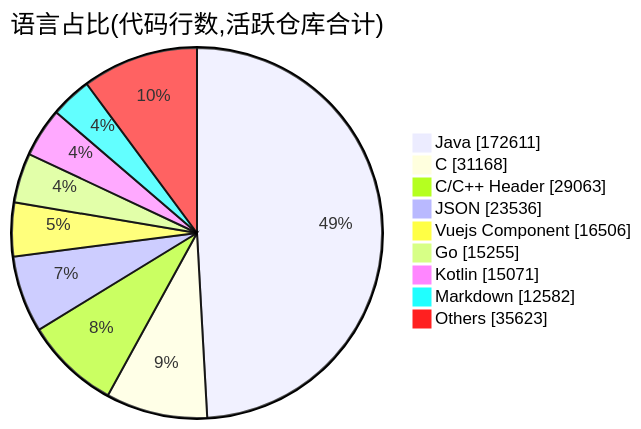
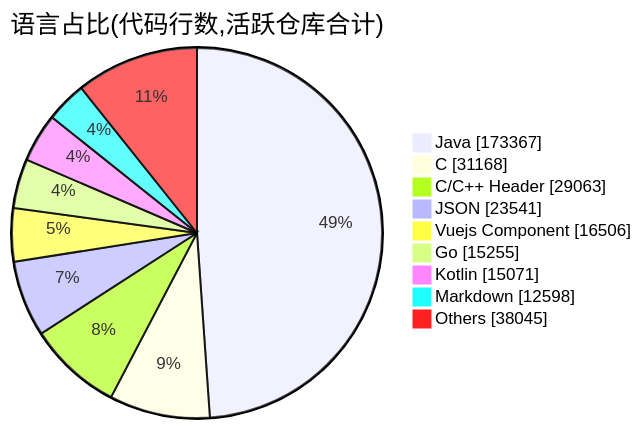
The second of 2 diagrams in profile/README.md (Conflux-Union/.github), drawn with Mermaid before and after one commit. The commit also changed other lines of this file and 1 other file, not shown here.

````diff
--- a/profile/README.md
+++ b/profile/README.md
@@ -80,13 +80,13 @@
 ```mermaid
 pie showData
     title 语言占比(代码行数,活跃仓库合计)
-    "Java" : 172611
+    "Java" : 173367
     "C" : 31168
     "C/C++ Header" : 29063
-    "JSON" : 23536
+    "JSON" : 23541
     "Vuejs Component" : 16506
     "Go" : 15255
     "Kotlin" : 15071
-    "Markdown" : 12582
-    "Others" : 35623
+    "Markdown" : 12598
+    "Others" : 38045
 ```
````
